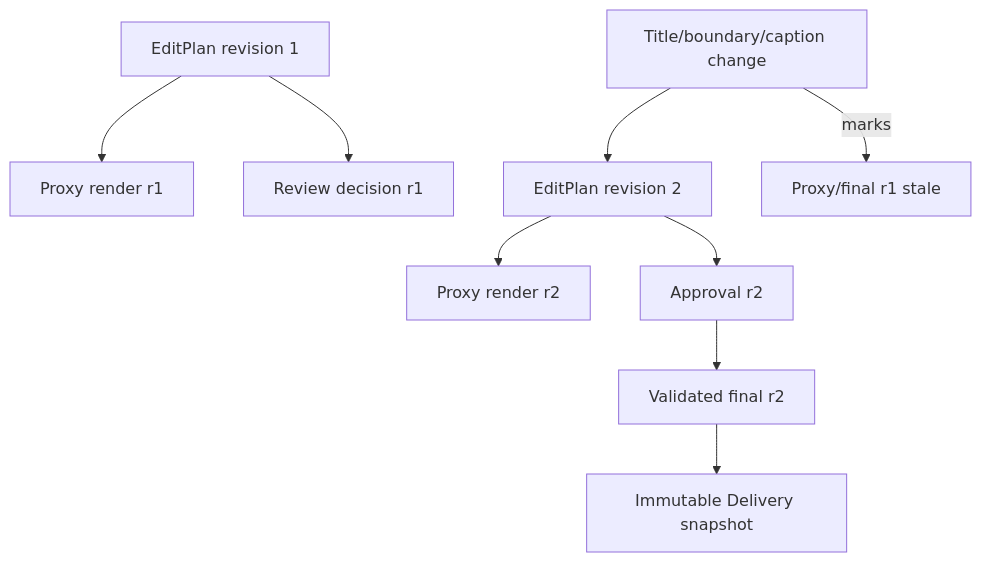
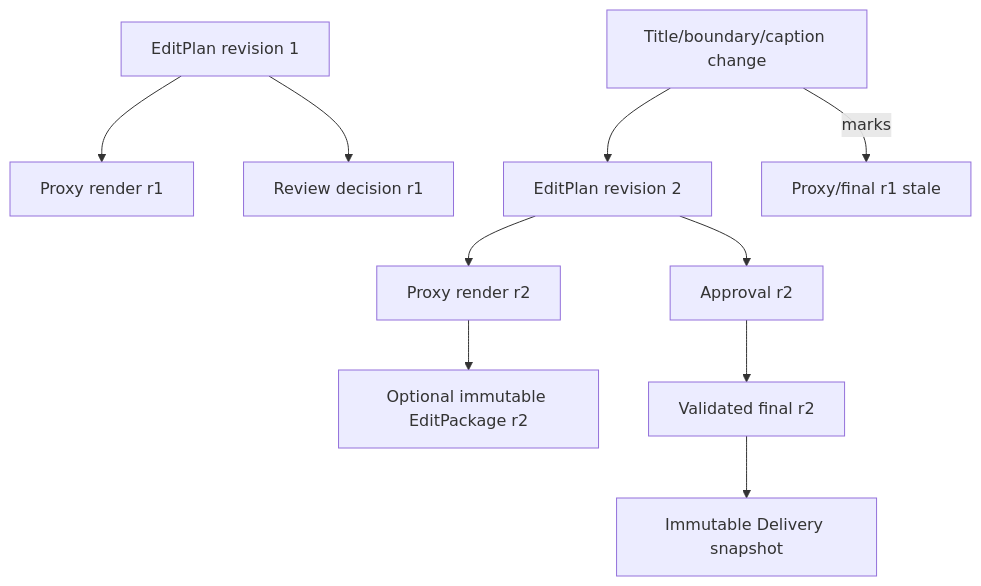
One commit to junhuaus/autoclip changed the tenth of 10 diagrams in docs/architecture.md. Above: the diagram before and after it, drawn with Mermaid. The commit also changed other lines of this file and 37 other files, not shown here.

````diff
--- a/docs/architecture.md
+++ b/docs/architecture.md
@@ -175,11 +192,12 @@
 ```mermaid
 flowchart TD
   R1[EditPlan revision 1] --> P1[Proxy render r1]
   R1 --> A1[Review decision r1]
   CHANGE[Title/boundary/caption change] --> R2[EditPlan revision 2]
   CHANGE -->|marks| P1S[Proxy/final r1 stale]
   R2 --> P2[Proxy render r2]
+  P2 --> E2[Optional immutable EditPackage r2]
   R2 --> A2[Approval r2]
   A2 --> F2[Validated final r2]
   F2 --> D[Immutable Delivery snapshot]
 ```
````
